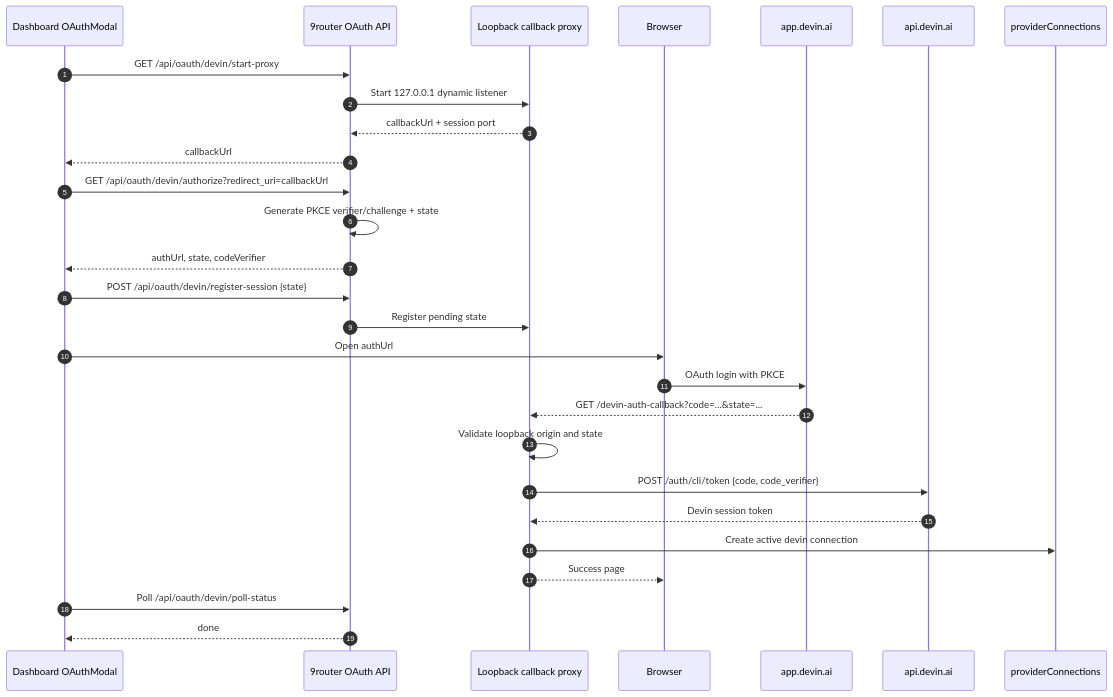
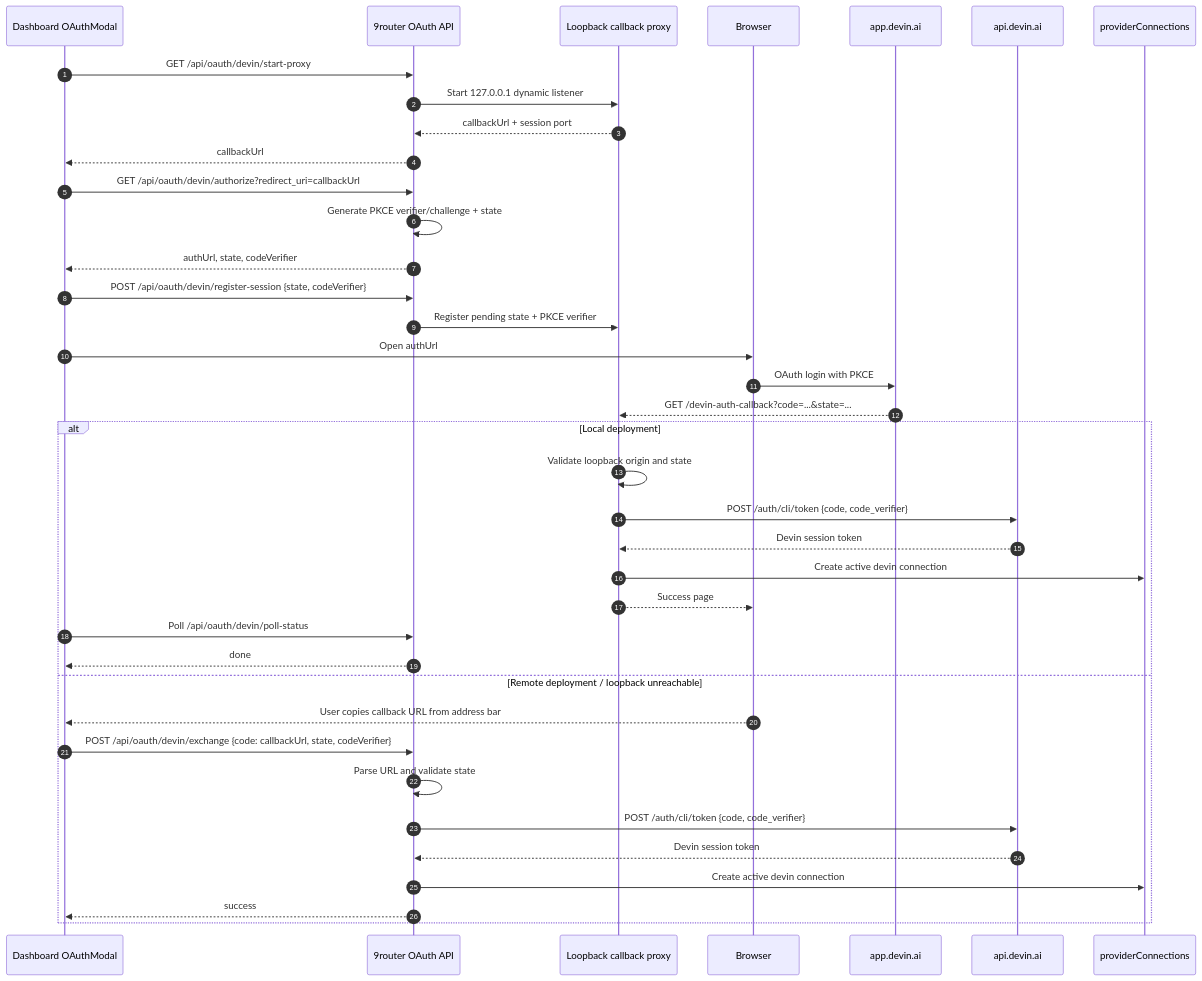
One commit to gabrielspadon/9router changed the second of 3 diagrams in docs/superpowers/specs/2026-08-22-devin-cloud-provider-design.md. Above: the diagram before and after it, drawn with Mermaid. The commit also changed other lines of this file, not shown here.

Commit message:
docs: specify Devin remote OAuth fallback

````diff
--- a/docs/superpowers/specs/2026-08-22-devin-cloud-provider-design.md
+++ b/docs/superpowers/specs/2026-08-22-devin-cloud-provider-design.md
@@ -121,32 +128,42 @@
 ```mermaid
 sequenceDiagram
     autonumber
     participant UI as Dashboard OAuthModal
     participant API as 9router OAuth API
     participant Proxy as Loopback callback proxy
     participant Browser as Browser
     participant DevinWeb as app.devin.ai
     participant DevinAPI as api.devin.ai
     participant DB as providerConnections
 
     UI->>API: GET /api/oauth/devin/start-proxy
     API->>Proxy: Start 127.0.0.1 dynamic listener
     Proxy-->>API: callbackUrl + session port
     API-->>UI: callbackUrl
 
     UI->>API: GET /api/oauth/devin/authorize?redirect_uri=callbackUrl
     API->>API: Generate PKCE verifier/challenge + state
     API-->>UI: authUrl, state, codeVerifier
-    UI->>API: POST /api/oauth/devin/register-session {state}
-    API->>Proxy: Register pending state
+    UI->>API: POST /api/oauth/devin/register-session {state, codeVerifier}
+    API->>Proxy: Register pending state + PKCE verifier
     UI->>Browser: Open authUrl
     Browser->>DevinWeb: OAuth login with PKCE
     DevinWeb-->>Proxy: GET /devin-auth-callback?code=...&state=...
-    Proxy->>Proxy: Validate loopback origin and state
-    Proxy->>DevinAPI: POST /auth/cli/token {code, code_verifier}
-    DevinAPI-->>Proxy: Devin session token
-    Proxy->>DB: Create active devin connection
-    Proxy-->>Browser: Success page
-    UI->>API: Poll /api/oauth/devin/poll-status
-    API-->>UI: done
+    alt Local deployment
+        Proxy->>Proxy: Validate loopback origin and state
+        Proxy->>DevinAPI: POST /auth/cli/token {code, code_verifier}
+        DevinAPI-->>Proxy: Devin session token
+        Proxy->>DB: Create active devin connection
+        Proxy-->>Browser: Success page
+        UI->>API: Poll /api/oauth/devin/poll-status
+        API-->>UI: done
+    else Remote deployment / loopback unreachable
+        Browser-->>UI: User copies callback URL from address bar
+        UI->>API: POST /api/oauth/devin/exchange {code: callbackUrl, state, codeVerifier}
+        API->>API: Parse URL and validate state
+        API->>DevinAPI: POST /auth/cli/token {code, code_verifier}
+        DevinAPI-->>API: Devin session token
+        API->>DB: Create active devin connection
+        API-->>UI: success
+    end
 ```
````
